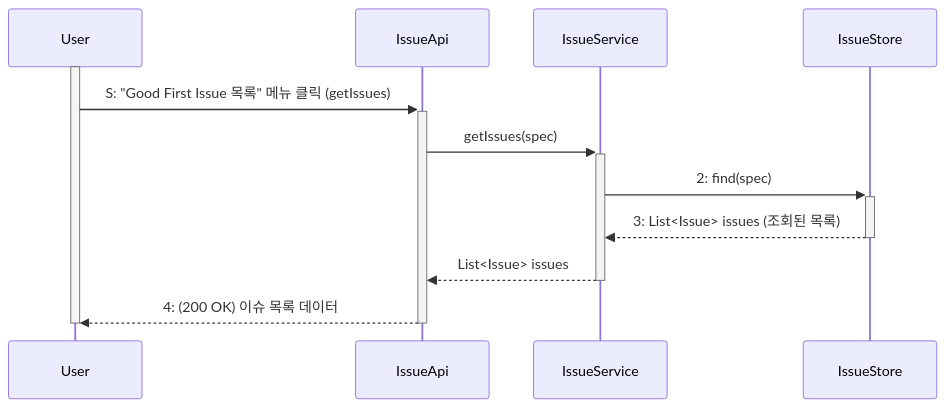
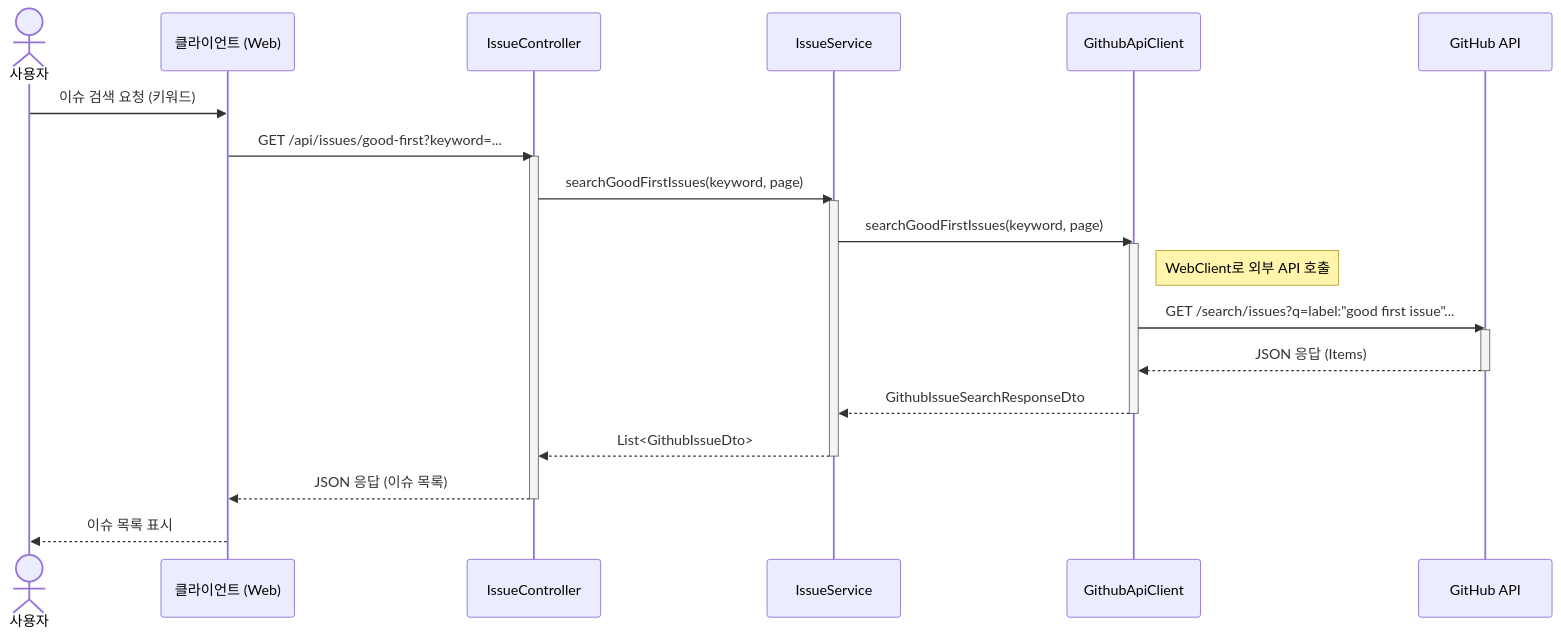
One commit to OHWCH/se_dev changed diagram 35 of 43 in SDS_[깃라잡이].md. Above: the diagram before and after it, drawn with Mermaid. The commit also changed other lines of this file, not shown here.

First line of the commit message:
이슈,기여도,도전과제,투두리스트 시퀀스다이어그램

````diff
--- a/SDS_[깃라잡이].md
+++ b/SDS_[깃라잡이].md
@@ -5833,20 +5833,35 @@
 ```mermaid
 sequenceDiagram
-    participant User
-    participant IssueApi
-    participant IssueService
-    participant IssueStore
+    actor User as 사용자
+    participant Client as 클라이언트 (Web)
+    participant Controller as IssueController
+    participant Service as IssueService
+    participant APIClient as GithubApiClient
+    participant GitHub as GitHub API
 
-    activate User
-    User->>+IssueApi: S: "Good First Issue 목록" 메뉴 클릭 (getIssues)
+    User->>Client: 이슈 검색 요청 (키워드)
+    Client->>Controller: GET /api/issues/good-first?keyword=...
+    activate Controller
     
-    IssueApi->>+IssueService: getIssues(spec)
+    Controller->>Service: searchGoodFirstIssues(keyword, page)
+    activate Service
     
-    IssueService->>+IssueStore: 2: find(spec)
-    IssueStore-->>-IssueService: 3: List<Issue> issues (조회된 목록)
+    Service->>APIClient: searchGoodFirstIssues(keyword, page)
+    activate APIClient
     
-    IssueService-->>-IssueApi: List<Issue> issues
+    Note right of APIClient: WebClient로 외부 API 호출
+    APIClient->>GitHub: GET /search/issues?q=label:"good first issue"...
+    activate GitHub
+    GitHub-->>APIClient: JSON 응답 (Items)
+    deactivate GitHub
     
-    IssueApi-->>-User: 4: (200 OK) 이슈 목록 데이터
-    deactivate User
+    APIClient-->>Service: GithubIssueSearchResponseDto
+    deactivate APIClient
+    
+    Service-->>Controller: List<GithubIssueDto>
+    deactivate Service
+    
+    Controller-->>Client: JSON 응답 (이슈 목록)
+    deactivate Controller
+    Client-->>User: 이슈 목록 표시
 ```
````
